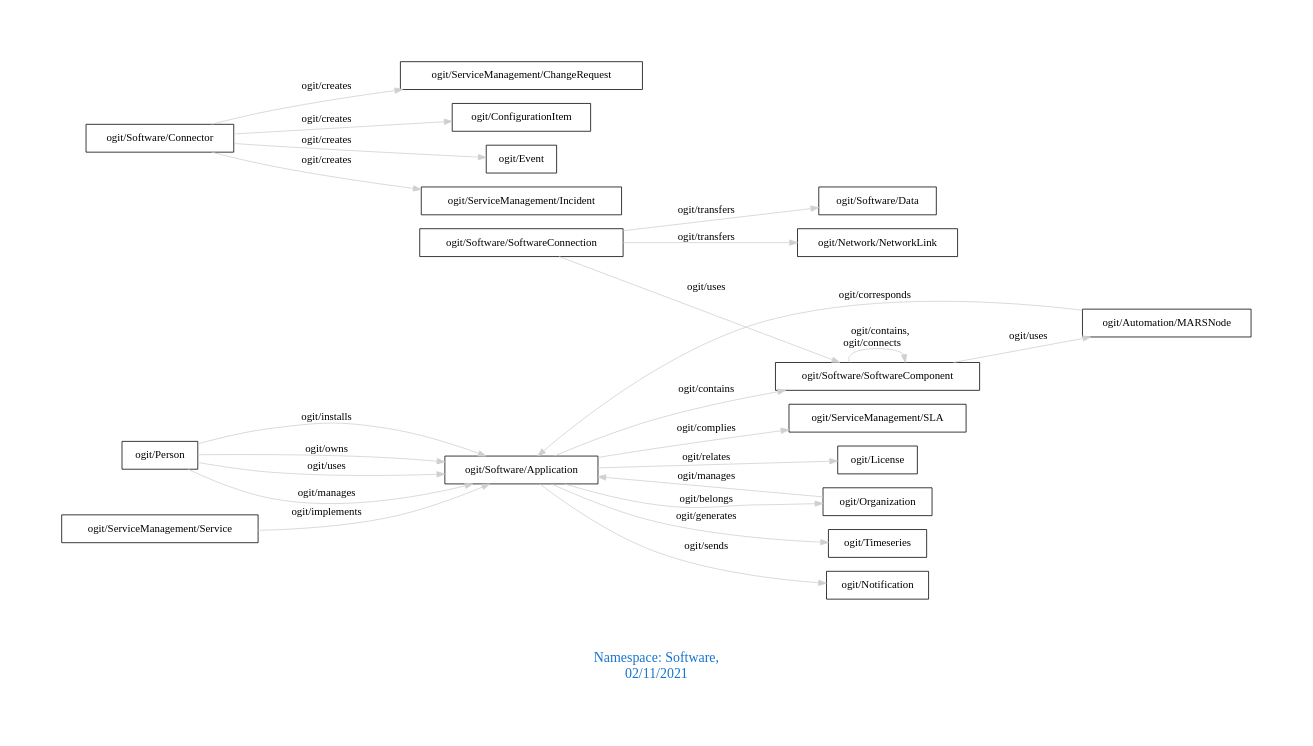
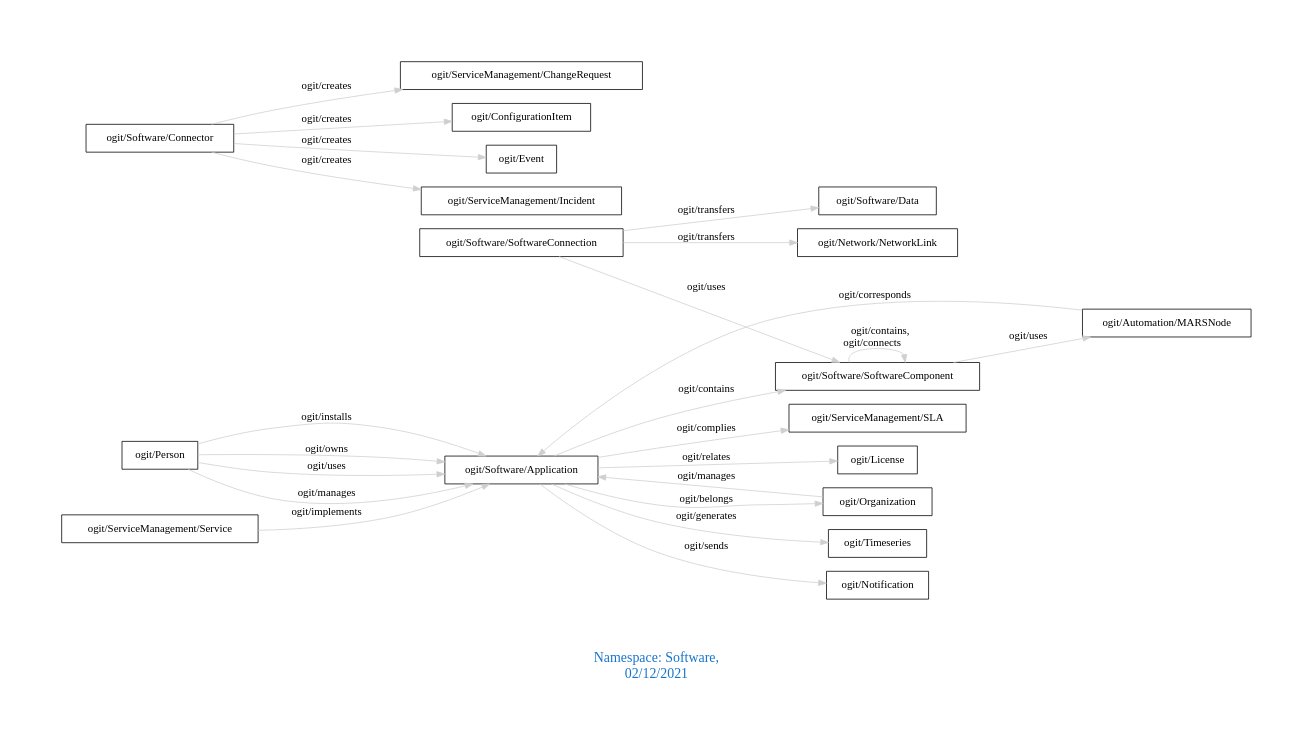
One commit to arago/OGIT changed the diagram in downloads/Software.dot. Above: the diagram before and after it, drawn with Graphviz. The commit also changed 1844 other files, not shown here.

```diff
--- a/downloads/Software.dot
+++ b/downloads/Software.dot
@@ -1,30 +1,30 @@
 digraph OGIT_ontology {
  graph [ rankdir= LR,pad=1 
 fontsize = 18,
-fontcolor= dodgerblue3,label = "\n\n\nNamespace: Software, \n 02/11/2021"];
+fontcolor= dodgerblue3,label = "\n\n\nNamespace: Software, \n 02/12/2021"];
 node[shape=polygon];
 edge [  color="gray81"];
 
    "ogit/Software/Application" -> "ogit/Software/SoftwareComponent" [label="   ogit/contains    "];
    "ogit/Organization" -> "ogit/Software/Application" [label="   ogit/manages    "];
    "ogit/Person" -> "ogit/Software/Application" [label="   ogit/manages    "];
    "ogit/Software/Application" -> "ogit/Timeseries" [label="   ogit/generates    "];
    "ogit/Software/Application" -> "ogit/Notification" [label="   ogit/sends    "];
    "ogit/Software/Connector" -> "ogit/ServiceManagement/ChangeRequest" [label="   ogit/creates    "];
    "ogit/Software/Connector" -> "ogit/ConfigurationItem" [label="   ogit/creates    "];
    "ogit/Software/Connector" -> "ogit/Event" [label="   ogit/creates    "];
    "ogit/Software/Connector" -> "ogit/ServiceManagement/Incident" [label="   ogit/creates    "];
    "ogit/Software/Application" -> "ogit/ServiceManagement/SLA" [label="   ogit/complies    "];
    "ogit/Automation/MARSNode" -> "ogit/Software/Application" [label="   ogit/corresponds    "];
    "ogit/Person" -> "ogit/Software/Application" [label="   ogit/installs    "];
    "ogit/Software/SoftwareConnection" -> "ogit/Software/Data" [label="   ogit/transfers    "];
    "ogit/Software/SoftwareConnection" -> "ogit/Network/NetworkLink" [label="   ogit/transfers    "];
    "ogit/ServiceManagement/Service" -> "ogit/Software/Application" [label="   ogit/implements    "];
    "ogit/Person" -> "ogit/Software/Application" [label="   ogit/owns    "];
    "ogit/Software/Application" -> "ogit/Organization" [label="   ogit/belongs    "];
    "ogit/Software/SoftwareComponent" -> "ogit/Automation/MARSNode" [label="   ogit/uses    "];
    "ogit/Software/SoftwareConnection" -> "ogit/Software/SoftwareComponent" [label="   ogit/uses    "];
    "ogit/Person" -> "ogit/Software/Application" [label="   ogit/uses    "];
    "ogit/Software/Application" -> "ogit/License" [label="   ogit/relates    "];
    "ogit/Software/SoftwareComponent" -> "ogit/Software/SoftwareComponent" [label="   ogit/contains, \n ogit/connects    "];
 }
```
